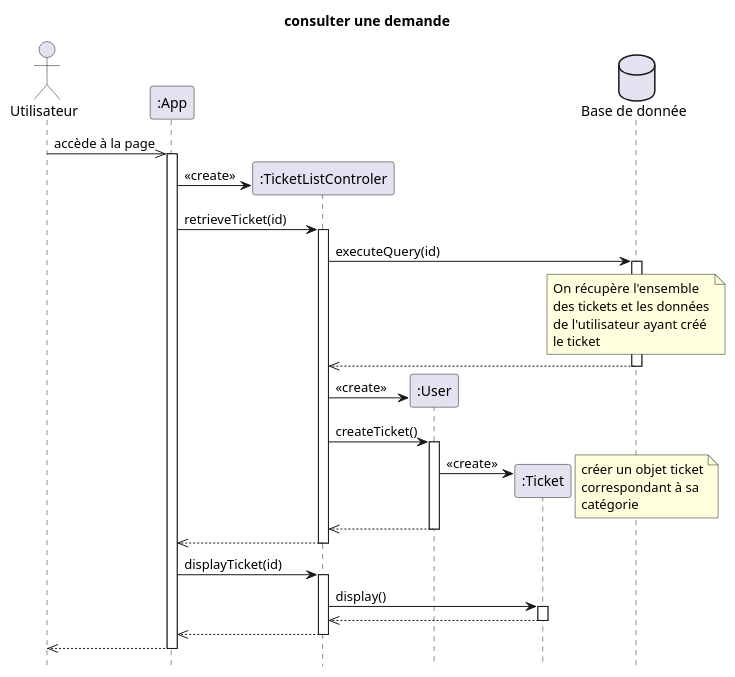
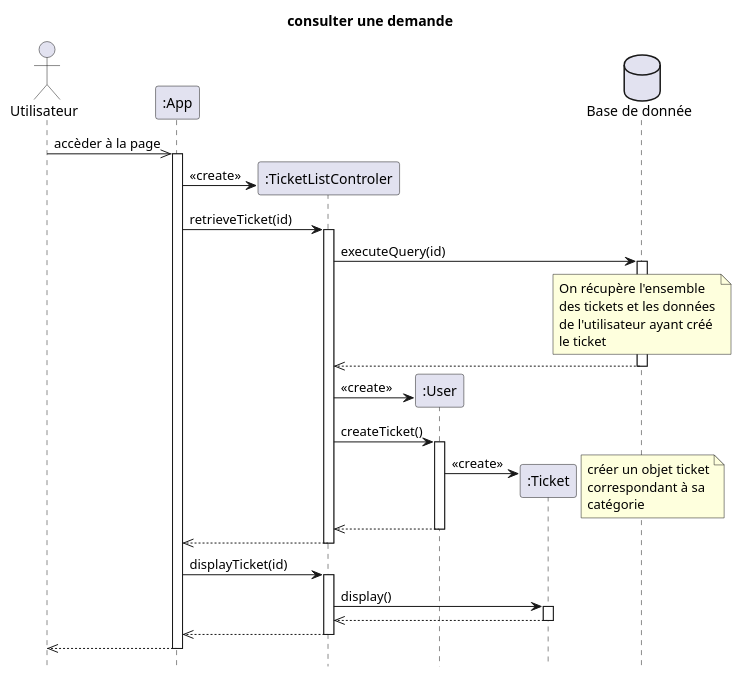
One commit to dorianleveque/CoHub changed the diagram in docs/UML/diagrammes séquence/consulter une demande.puml. Above: the diagram before and after it, drawn with PlantUML. The commit also changed 6 other files, not shown here.

```diff
--- a/docs/UML/diagrammes séquence/consulter une demande.puml
+++ b/docs/UML/diagrammes séquence/consulter une demande.puml
@@ -1,51 +1,51 @@
 @startuml consulter une demande
 title consulter une demande
 hide footbox
 
 actor client as "Utilisateur" order 1 
 participant app as ":App" order 2 
 database bdd as "Base de donnée"  order 6
 
-client ->> app :accède à la page
+client ->> app :accèder à la page
 activate app
 create tlc as ":TicketListControler" order 3
 app -> tlc : <<create>>
 
 app -> tlc : retrieveTicket(id) 
 activate tlc
 tlc -> bdd : executeQuery(id)
 note over bdd: On récupère l'ensemble\ndes tickets et les données\nde l'utilisateur ayant créé \nle ticket
 activate bdd
 tlc <<-- bdd
 deactivate bdd
 
 create user as ":User" order 4
 tlc -> user : <<create>>
 tlc -> user : createTicket()
 activate user   
 
 create ticket as ":Ticket" order 5
 user -> ticket : <<create>>
 note right: créer un objet ticket\ncorrespondant à sa \ncatégorie 
 tlc <<-- user:
 deactivate user
 
 app <<-- tlc
 deactivate tlc
 
 app -> tlc : displayTicket(id)
 activate tlc
 
 tlc -> ticket : display()
 activate ticket
 
 tlc <<-- ticket: 
 deactivate ticket
 
 app <<-- tlc
 deactivate tlc
 client <<-- app
 deactivate app
 
 
 @enduml
```
